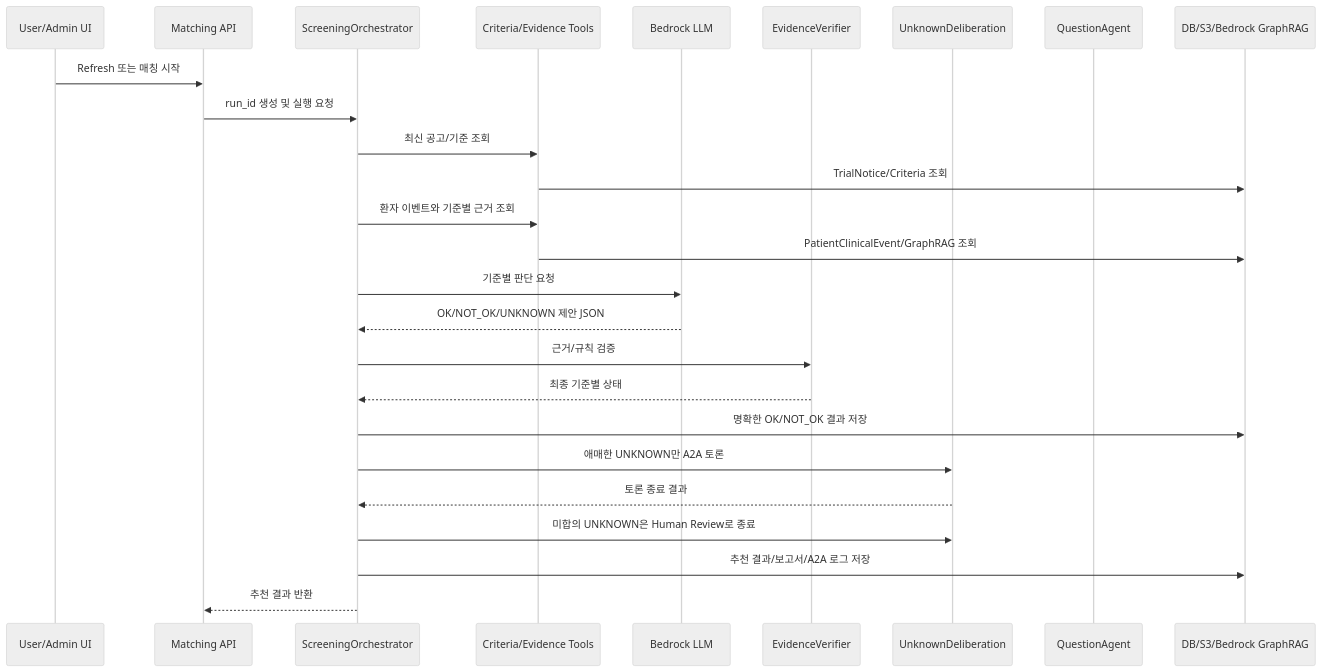
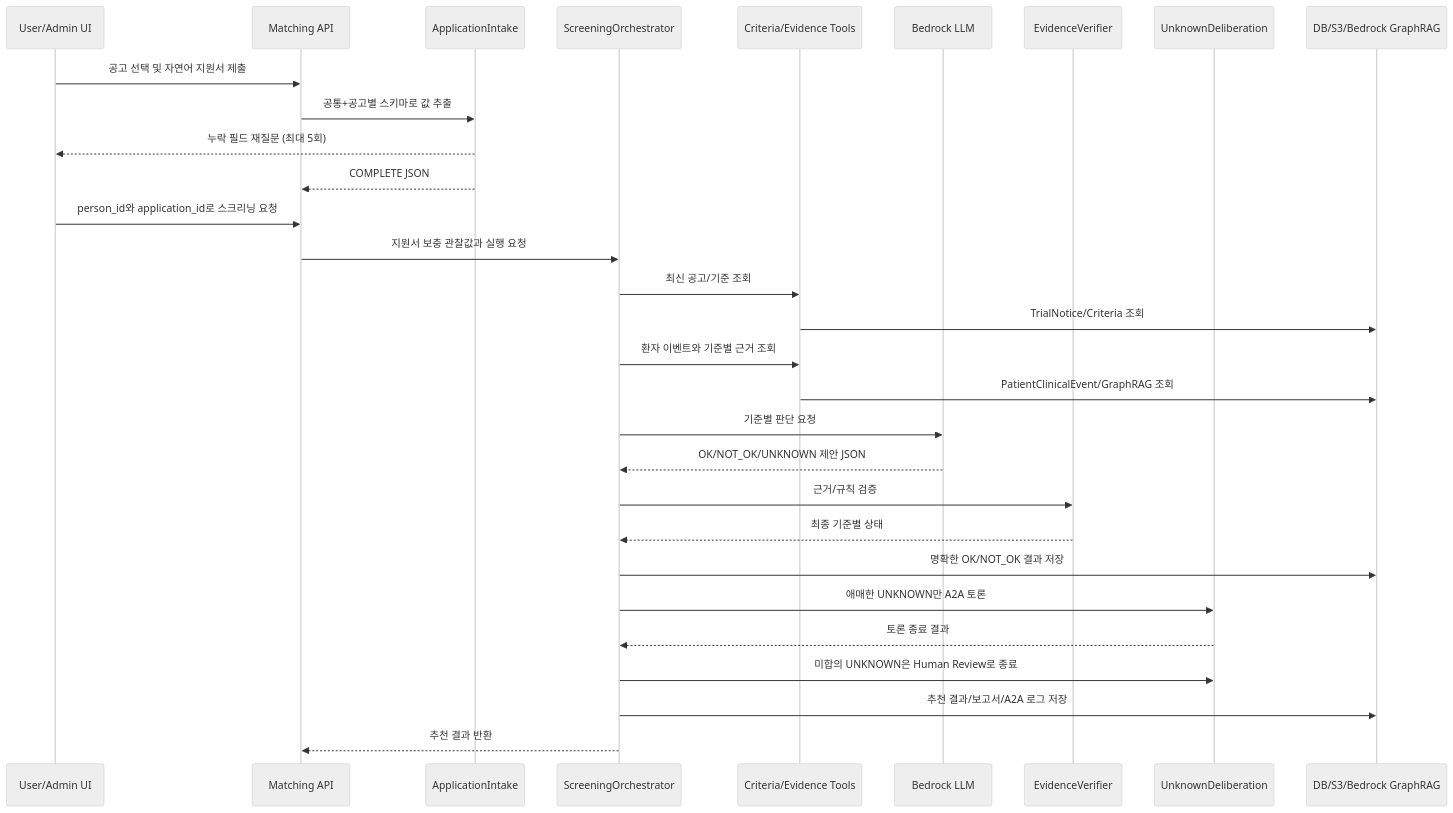
Before and after one commit to 1jaekim/AWS_Healthcare: the sixth of 7 diagrams in doc/MATCHING_MODEL_V2.md, drawn with Mermaid (neutral theme). The commit also changed other lines of this file, not shown here.

Commit message:
docs: align matching pipeline with application intake

````diff
--- a/doc/MATCHING_MODEL_V2.md
+++ b/doc/MATCHING_MODEL_V2.md
@@ -554,29 +538,33 @@
 ```mermaid
 sequenceDiagram
     participant UI as User/Admin UI
     participant API as Matching API
+    participant INTAKE as ApplicationIntake
     participant ORCH as ScreeningOrchestrator
     participant TOOL as Criteria/Evidence Tools
     participant LLM as Bedrock LLM
     participant VERIFY as EvidenceVerifier
     participant D as UnknownDeliberation
-    participant Q as QuestionAgent
     participant DB as DB/S3/Bedrock GraphRAG
 
-    UI->>API: Refresh 또는 매칭 시작
-    API->>ORCH: run_id 생성 및 실행 요청
+    UI->>API: 공고 선택 및 자연어 지원서 제출
+    API->>INTAKE: 공통+공고별 스키마로 값 추출
+    INTAKE-->>UI: 누락 필드 재질문 (최대 5회)
+    INTAKE-->>API: COMPLETE JSON
+    UI->>API: person_id와 application_id로 스크리닝 요청
+    API->>ORCH: 지원서 보충 관찰값과 실행 요청
     ORCH->>TOOL: 최신 공고/기준 조회
     TOOL->>DB: TrialNotice/Criteria 조회
     ORCH->>TOOL: 환자 이벤트와 기준별 근거 조회
     TOOL->>DB: PatientClinicalEvent/GraphRAG 조회
     ORCH->>LLM: 기준별 판단 요청
     LLM-->>ORCH: OK/NOT_OK/UNKNOWN 제안 JSON
     ORCH->>VERIFY: 근거/규칙 검증
     VERIFY-->>ORCH: 최종 기준별 상태
     ORCH->>DB: 명확한 OK/NOT_OK 결과 저장
     ORCH->>D: 애매한 UNKNOWN만 A2A 토론
     D-->>ORCH: 토론 종료 결과
     ORCH->>D: 미합의 UNKNOWN은 Human Review로 종료
     ORCH->>DB: 추천 결과/보고서/A2A 로그 저장
     ORCH-->>API: 추천 결과 반환
 ```
````
